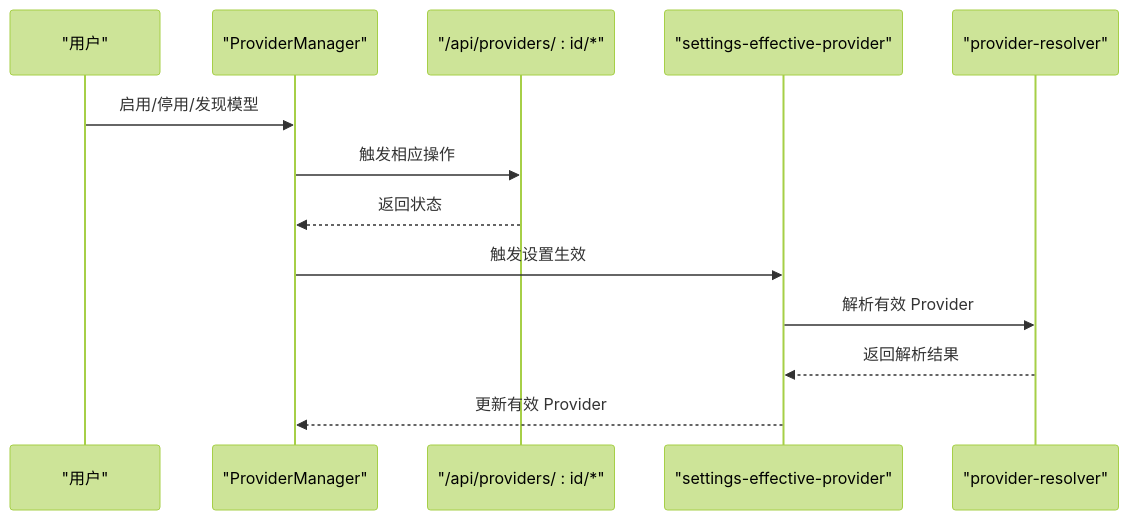
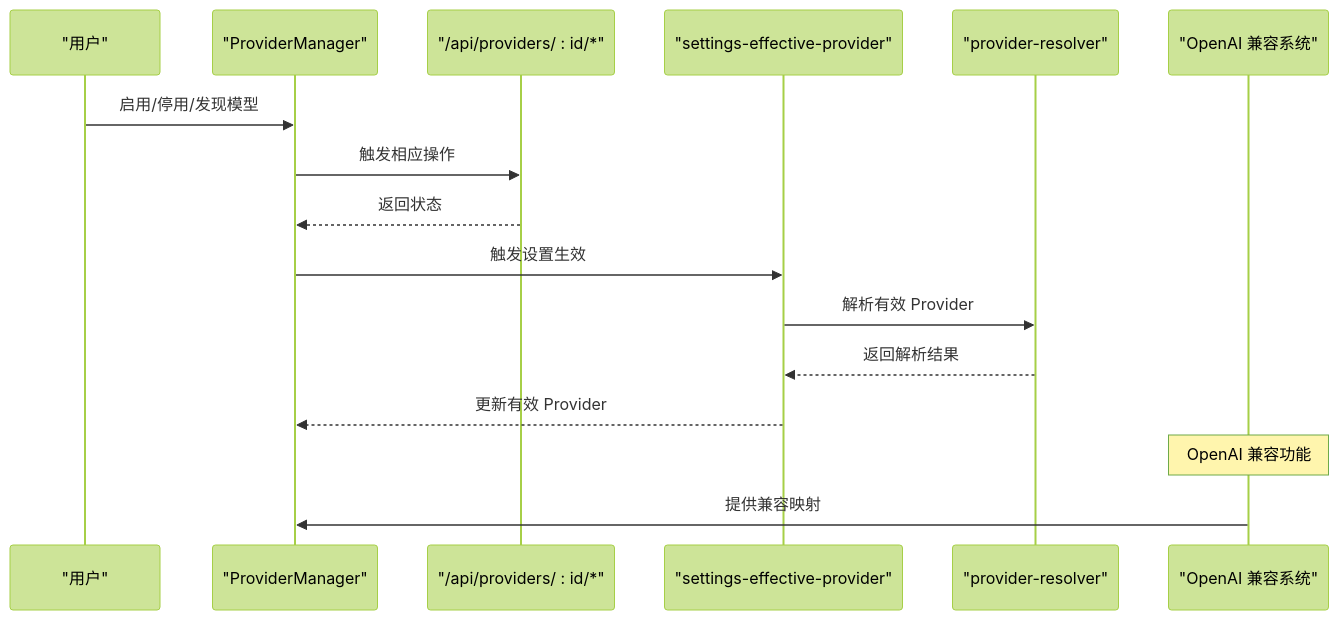
The eighth of 10 diagrams in .qoder/repowiki/zh/content/核心功能/设置管理系统/设置管理系统.md (haolange/CodePilot), drawn with Mermaid (forest theme) before and after one commit. The commit also changed other lines of this file and 8 other files, not shown here.

````diff
--- a/.qoder/repowiki/zh/content/核心功能/设置管理系统/设置管理系统.md
+++ b/.qoder/repowiki/zh/content/核心功能/设置管理系统/设置管理系统.md
@@ -375,15 +412,18 @@
 ```mermaid
 sequenceDiagram
 participant U as "用户"
 participant PM as "ProviderManager"
 participant API as "/api/providers/ : id/*"
 participant SR as "settings-effective-provider"
 participant PR as "provider-resolver"
+participant OAC as "OpenAI 兼容系统"
 U->>PM : 启用/停用/发现模型
 PM->>API : 触发相应操作
 API-->>PM : 返回状态
 PM->>SR : 触发设置生效
 SR->>PR : 解析有效 Provider
 PR-->>SR : 返回解析结果
 SR-->>PM : 更新有效 Provider
+Note over OAC : OpenAI 兼容功能
+OAC->>PM : 提供兼容映射
 ```
````
